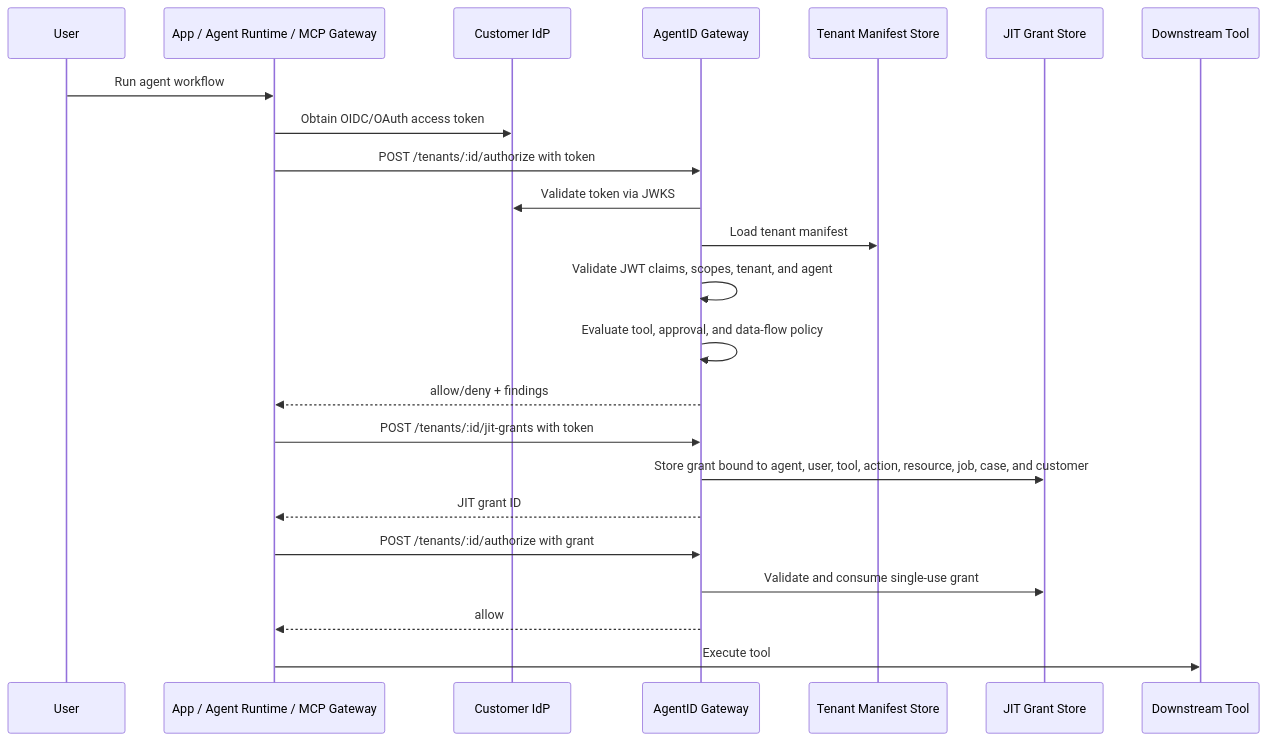
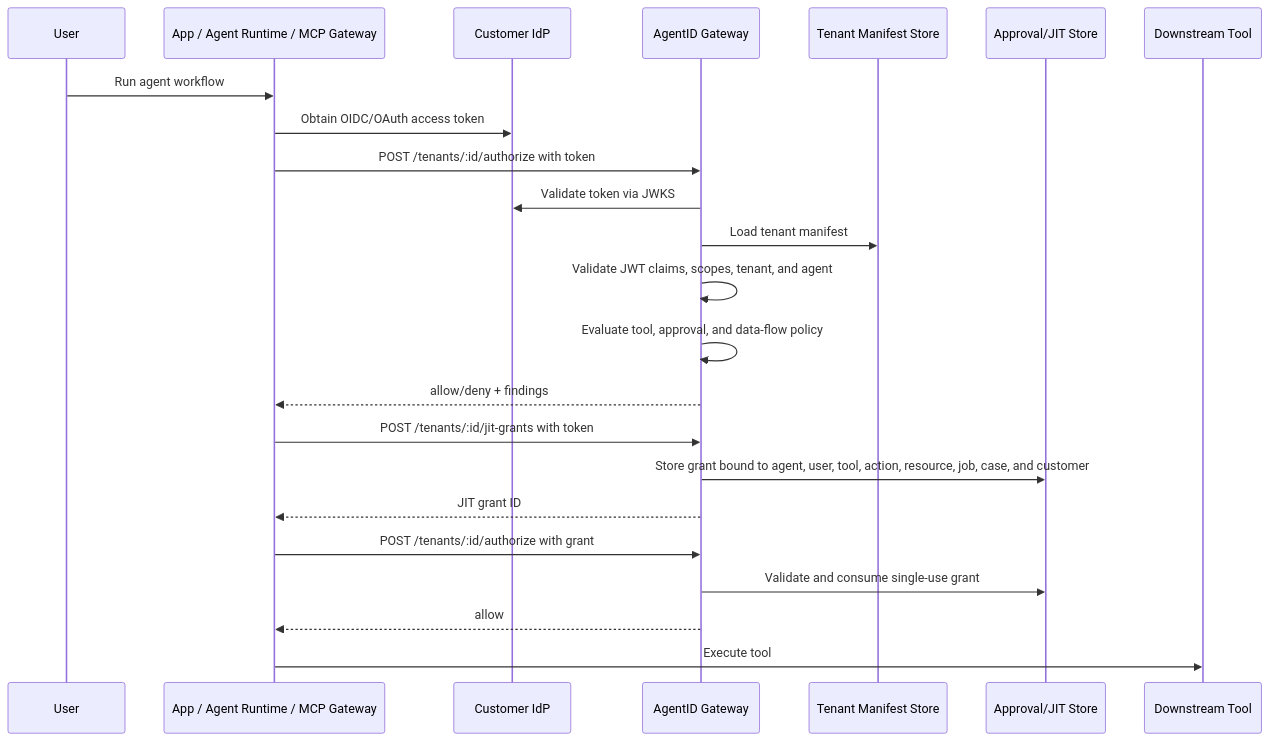
One commit to dinpd/AgentAction changed the second of 2 diagrams in README.md. Above: the diagram before and after it, drawn with Mermaid. The commit also changed other lines of this file and 4 other files, not shown here.

Commit message:
Add durable Cloudflare approval store

````diff
--- a/README.md
+++ b/README.md
@@ -490,28 +490,28 @@
 ```mermaid
 sequenceDiagram
     participant User
     participant App as App / Agent Runtime / MCP Gateway
     participant IdP as Customer IdP
     participant Gateway as AgentID Gateway
     participant KV as Tenant Manifest Store
-    participant DO as JIT Grant Store
+    participant DO as Approval/JIT Store
     participant Tool as Downstream Tool
 
     User->>App: Run agent workflow
     App->>IdP: Obtain OIDC/OAuth access token
     App->>Gateway: POST /tenants/:id/authorize with token
     Gateway->>IdP: Validate token via JWKS
     Gateway->>KV: Load tenant manifest
     Gateway->>Gateway: Validate JWT claims, scopes, tenant, and agent
     Gateway->>Gateway: Evaluate tool, approval, and data-flow policy
     Gateway-->>App: allow/deny + findings
 
     App->>Gateway: POST /tenants/:id/jit-grants with token
     Gateway->>DO: Store grant bound to agent, user, tool, action, resource, job, case, and customer
     Gateway-->>App: JIT grant ID
 
     App->>Gateway: POST /tenants/:id/authorize with grant
     Gateway->>DO: Validate and consume single-use grant
     Gateway-->>App: allow
     App->>Tool: Execute tool
 ```
````
